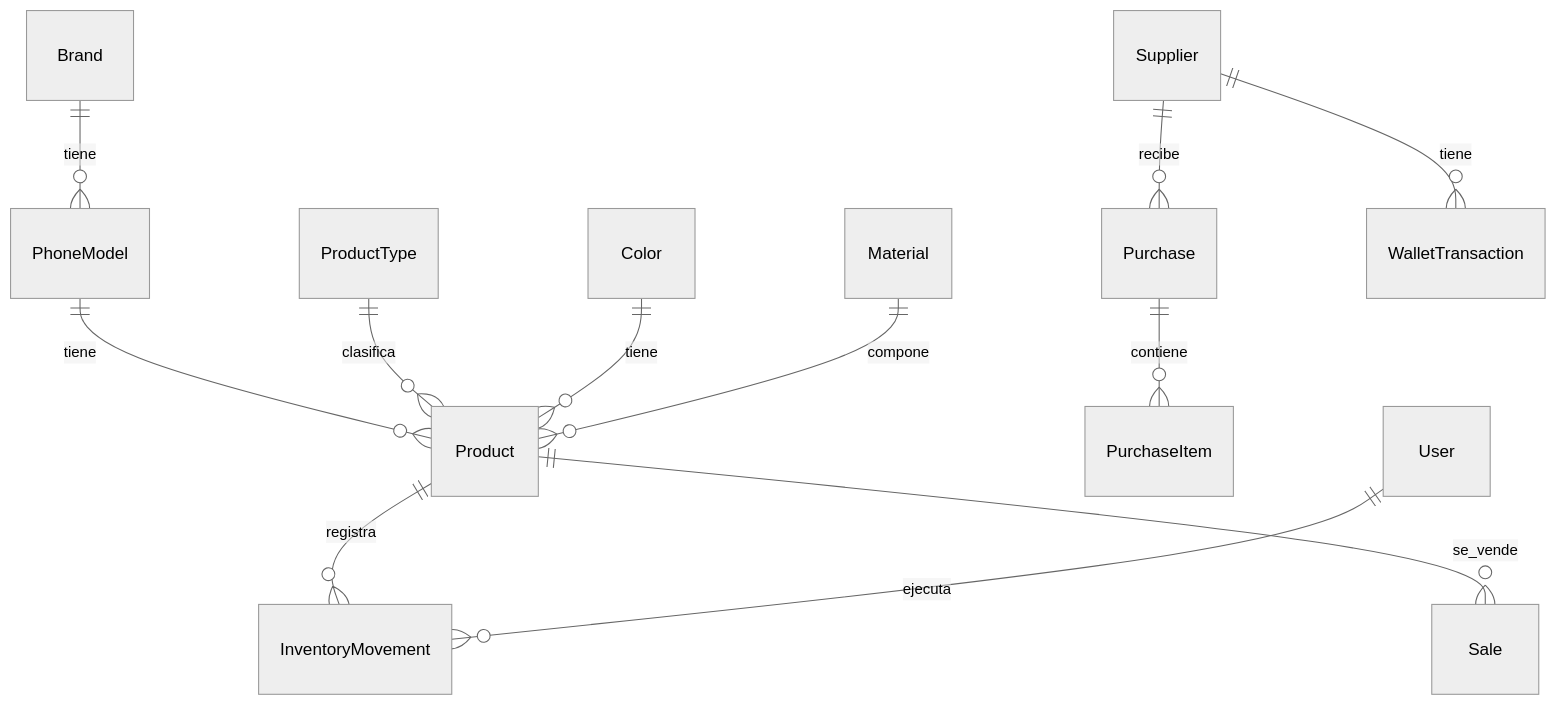
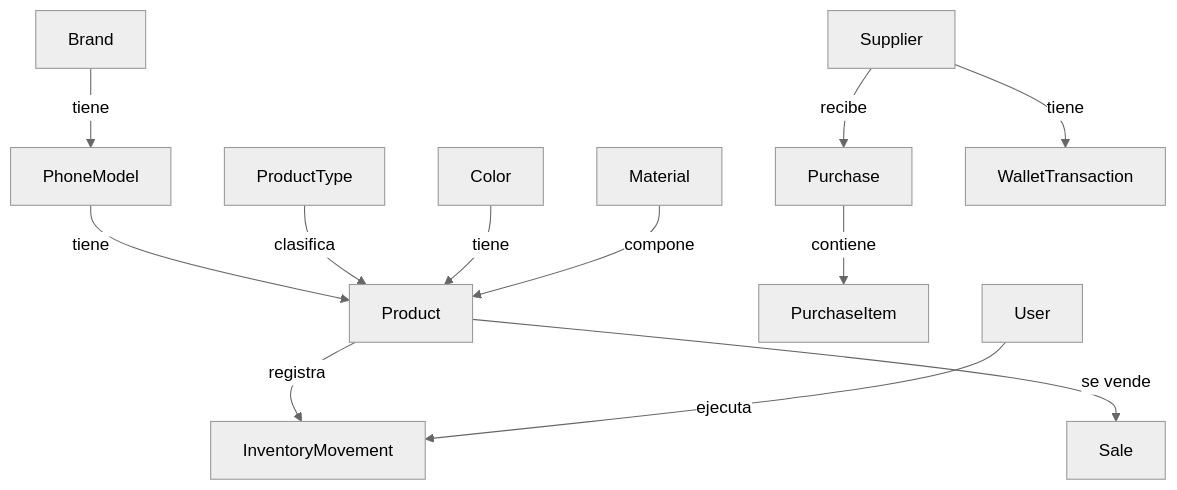
The diagram in 02 - Projects/10 - Market GS/TECNICO_MARKET_GS.md (ludwingx/my-brain-obsidian), drawn with Mermaid (neutral theme) before and after one commit. The commit also changed other lines of this file, not shown here.

````diff
--- a/02 - Projects/10 - Market GS/TECNICO_MARKET_GS.md
+++ b/02 - Projects/10 - Market GS/TECNICO_MARKET_GS.md
@@ -178,14 +195,18 @@
 ```mermaid
-erDiagram
-    Brand ||--o{ PhoneModel : tiene
-    PhoneModel ||--o{ Product : tiene
-    ProductType ||--o{ Product : clasifica
-    Color ||--o{ Product : tiene
-    Material ||--o{ Product : compone
-    Supplier ||--o{ Purchase : recibe
-    Purchase ||--o{ PurchaseItem : contiene
-    Product ||--o{ InventoryMovement : registra
-    Product ||--o{ Sale : se_vende
-    Supplier ||--o{ WalletTransaction : tiene
-    User ||--o{ InventoryMovement : ejecuta
+flowchart TB
+  Brand[Brand] -->|tiene| PhoneModel[PhoneModel]
+  PhoneModel -->|tiene| Product[Product]
+
+  ProductType[ProductType] -->|clasifica| Product
+  Color[Color] -->|tiene| Product
+  Material[Material] -->|compone| Product
+
+  Supplier[Supplier] -->|recibe| Purchase[Purchase]
+  Purchase -->|contiene| PurchaseItem[PurchaseItem]
+
+  Product -->|registra| InventoryMovement[InventoryMovement]
+  User[User] -->|ejecuta| InventoryMovement
+
+  Product -->|se vende| Sale[Sale]
+  Supplier -->|tiene| WalletTransaction[WalletTransaction]
 ```
````
